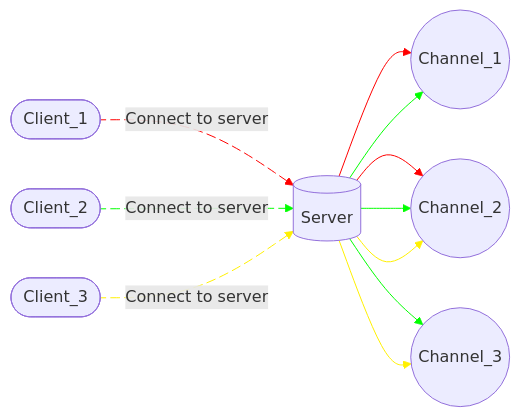
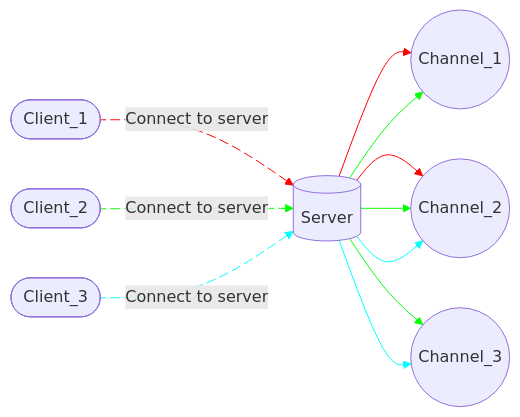
Before and after one commit to tiegd/ft_irc: the diagram in README.md, drawn with Mermaid.

````diff
--- a/README.md
+++ b/README.md
@@ -7,40 +7,40 @@
 ```mermaid
 flowchart LR
     A@{ shape: cyl, label: "Server" }
     B@{ shape: stadium, label: "Client_1" }
     C@{ shape: stadium, label: "Client_2" }
     D@{ shape: stadium, label: "Client_3" }
 
     E@{ shape: circle, label: "Channel_1" }
     F@{ shape: circle, label: "Channel_2" }
     G@{ shape: circle, label: "Channel_3" }
 
     B e1@-->|Connect to server| A
     e1@{ animate: true }
     linkStyle 0 stroke:#ff0000
 
     C e2@-->|Connect to server| A
     e2@{ animate: true }
     linkStyle 1 stroke:#00ff00
 
     D e3@-->|Connect to server| A
     e3@{ animate: true }
-    linkStyle 2 stroke:#fff000
+    linkStyle 2 stroke:#00ffff
 
     A e4@-->E
     linkStyle 3 stroke:#ff0000
     A e5@-->E
     linkStyle 4 stroke:#00ff00
 
     A e4@-->F
     linkStyle 5 stroke:#ff0000
     A e5@-->F
     linkStyle 6 stroke:#00ff00
     A e5@-->F
-    linkStyle 7 stroke:#fff000
+    linkStyle 7 stroke:#00ffff
 
     A e5@-->G
     linkStyle 8 stroke:#00ff00
     A e5@-->G
-    linkStyle 9 stroke:#fff000
+    linkStyle 9 stroke:#00ffff
 ```
````
